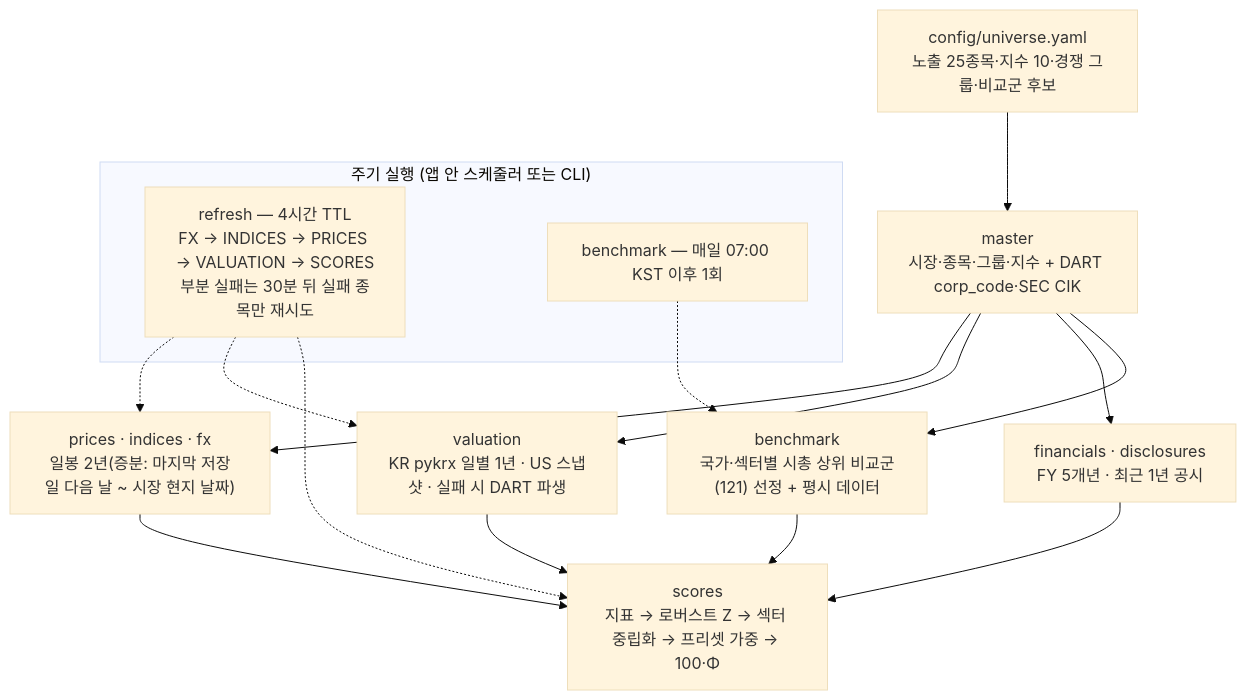
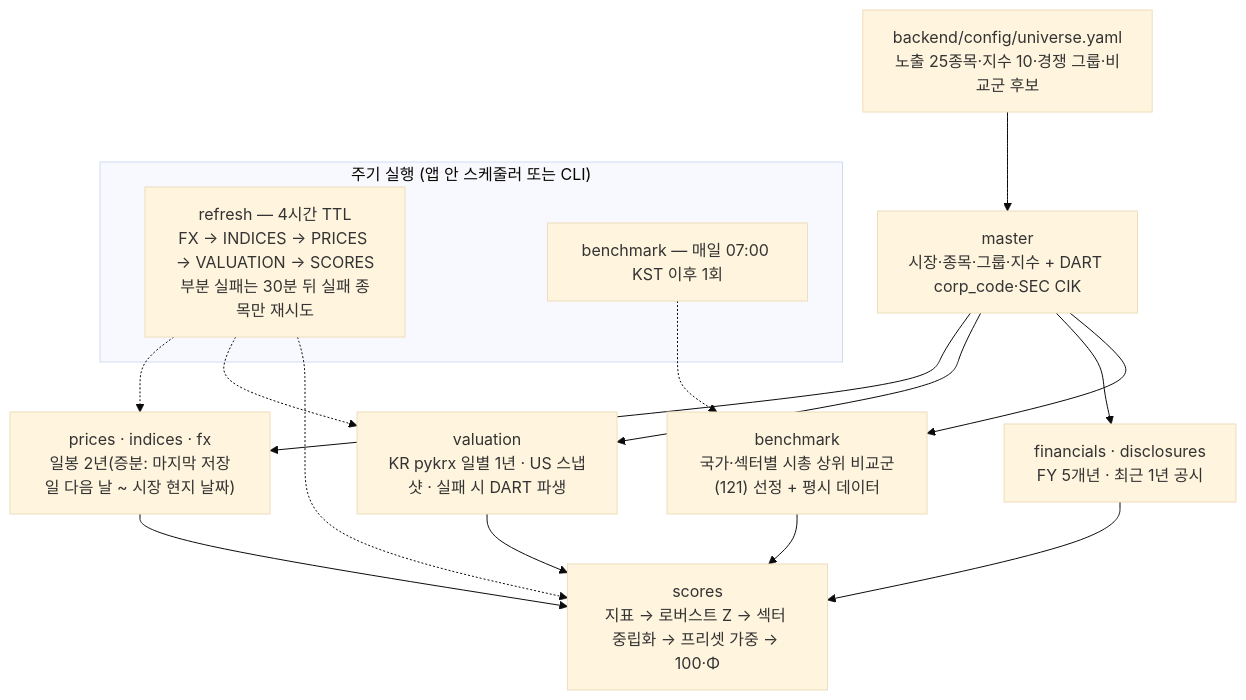
The second of 3 diagrams in docs/architecture.md (Hunseokc/ax_class_semiproject), drawn with Mermaid (base theme) before and after one commit. The commit also changed other lines of this file and 204 other files, not shown here.

First line of the commit message:
refactor: 저장소를 backend/·frontend/로 재구성하고 매력도 비교군·상장 목록 검색 반영

````diff
--- a/docs/architecture.md
+++ b/docs/architecture.md
@@ -52,16 +52,16 @@
 ```mermaid
 flowchart TD
-  U["config/universe.yaml<br/>노출 25종목·지수 10·경쟁 그룹·비교군 후보"] --> M["master<br/>시장·종목·그룹·지수 + DART corp_code·SEC CIK"]
+  U["backend/config/universe.yaml<br/>노출 25종목·지수 10·경쟁 그룹·비교군 후보"] --> M["master<br/>시장·종목·그룹·지수 + DART corp_code·SEC CIK"]
   M --> P["prices · indices · fx<br/>일봉 2년(증분: 마지막 저장일 다음 날 ~ 시장 현지 날짜)"]
   M --> V["valuation<br/>KR pykrx 일별 1년 · US 스냅샷 · 실패 시 DART 파생"]
   M --> F["financials · disclosures<br/>FY 5개년 · 최근 1년 공시"]
   P & V & F --> S["scores<br/>지표 → 로버스트 Z → 섹터 중립화 → 프리셋 가중 → 100·Φ"]
   M --> B["benchmark<br/>국가·섹터별 시총 상위 비교군(121) 선정 + 평시 데이터"]
   B --> S
   subgraph RUN["주기 실행 (앱 안 스케줄러 또는 CLI)"]
     RF["refresh — 4시간 TTL<br/>FX → INDICES → PRICES → VALUATION → SCORES<br/>부분 실패는 30분 뒤 실패 종목만 재시도"]
     BD["benchmark — 매일 07:00 KST 이후 1회"]
   end
   RF -.-> P & V & S
   BD -.-> B
 ```
````
